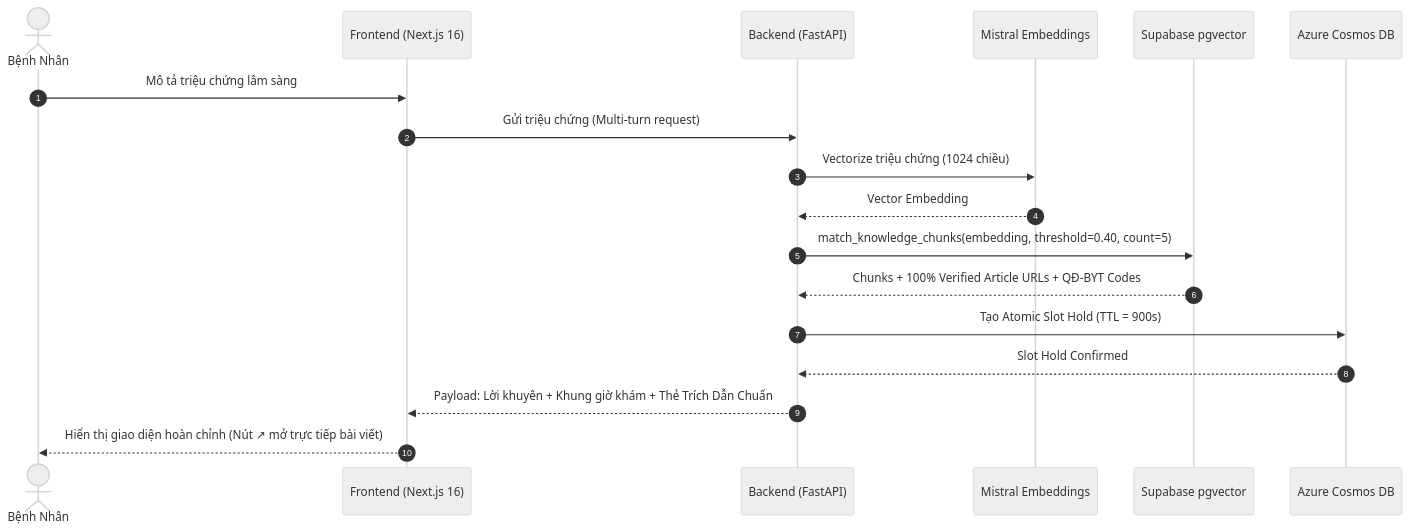
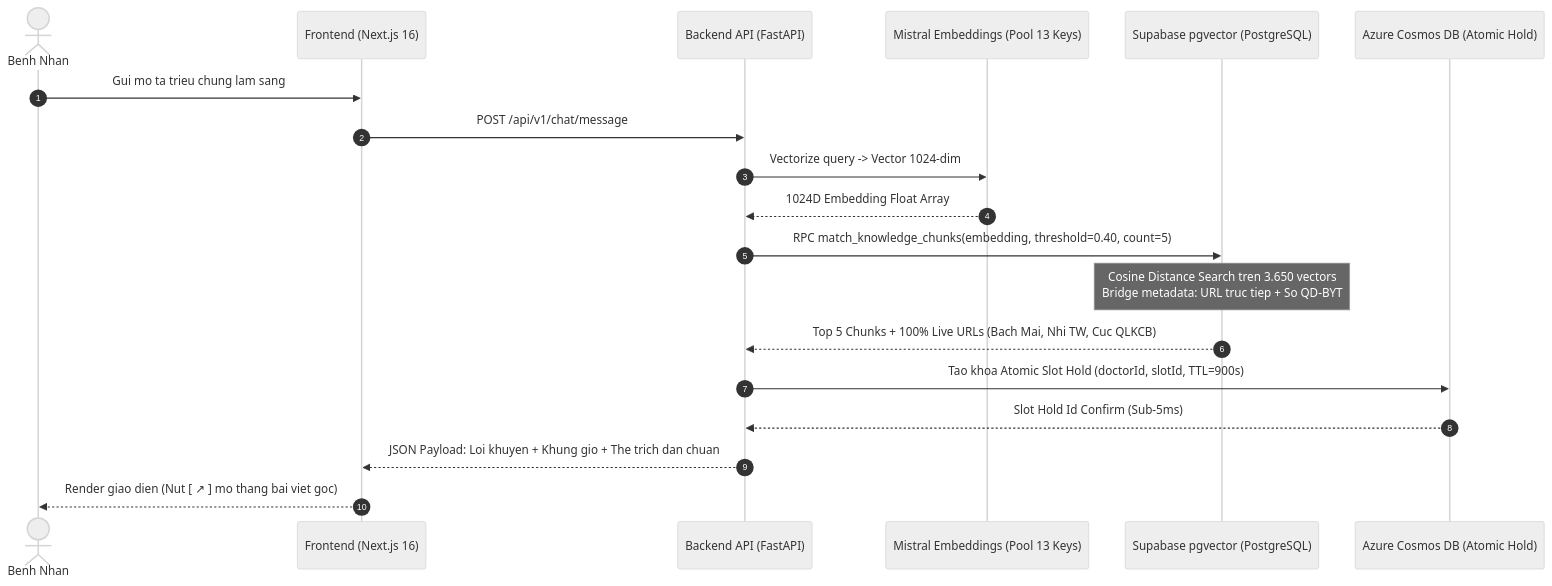
The fourth of 6 diagrams in ARCHITECTURE.md (Namnguyen3008/vmec-web-ui), drawn with Mermaid (neutral theme) before and after one commit. The commit also changed other lines of this file, not shown here.

Commit message:
docs: update comprehensive architecture document

````diff
--- a/ARCHITECTURE.md
+++ b/ARCHITECTURE.md
@@ -75,21 +149,22 @@
 ```mermaid
 sequenceDiagram
     autonumber
-    actor Patient as Bệnh Nhân
+    actor Patient as Benh Nhan
     participant NextJS as Frontend (Next.js 16)
-    participant FastAPI as Backend (FastAPI)
-    participant Mistral as Mistral Embeddings
-    participant Supabase as Supabase pgvector
-    participant Cosmos as Azure Cosmos DB
+    participant FastAPI as Backend API (FastAPI)
+    participant Mistral as Mistral Embeddings (Pool 13 Keys)
+    participant Supabase as Supabase pgvector (PostgreSQL)
+    participant Cosmos as Azure Cosmos DB (Atomic Hold)
 
-    Patient->>NextJS: Mô tả triệu chứng lâm sàng
-    NextJS->>FastAPI: Gửi triệu chứng (Multi-turn request)
-    FastAPI->>Mistral: Vectorize triệu chứng (1024 chiều)
-    Mistral-->>FastAPI: Vector Embedding
-    FastAPI->>Supabase: match_knowledge_chunks(embedding, threshold=0.40, count=5)
-    Supabase-->>FastAPI: Chunks + 100% Verified Article URLs + QĐ-BYT Codes
-    FastAPI->>Cosmos: Tạo Atomic Slot Hold (TTL = 900s)
-    Cosmos-->>FastAPI: Slot Hold Confirmed
-    FastAPI-->>NextJS: Payload: Lời khuyên + Khung giờ khám + Thẻ Trích Dẫn Chuẩn
-    NextJS-->>Patient: Hiển thị giao diện hoàn chỉnh (Nút ↗ mở trực tiếp bài viết)
+    Patient->>NextJS: Gui mo ta trieu chung lam sang
+    NextJS->>FastAPI: POST /api/v1/chat/message
+    FastAPI->>Mistral: Vectorize query -> Vector 1024-dim
+    Mistral-->>FastAPI: 1024D Embedding Float Array
+    FastAPI->>Supabase: RPC match_knowledge_chunks(embedding, threshold=0.40, count=5)
+    Note over Supabase: Cosine Distance Search tren 3.650 vectors<br/>Bridge metadata: URL truc tiep + So QD-BYT
+    Supabase-->>FastAPI: Top 5 Chunks + 100% Live URLs (Bach Mai, Nhi TW, Cuc QLKCB)
+    FastAPI->>Cosmos: Tao khoa Atomic Slot Hold (doctorId, slotId, TTL=900s)
+    Cosmos-->>FastAPI: Slot Hold Id Confirm (Sub-5ms)
+    FastAPI-->>NextJS: JSON Payload: Loi khuyen + Khung gio + The trich dan chuan
+    NextJS-->>Patient: Render giao dien (Nut [ ↗ ] mo thang bai viet goc)
 ```
````
